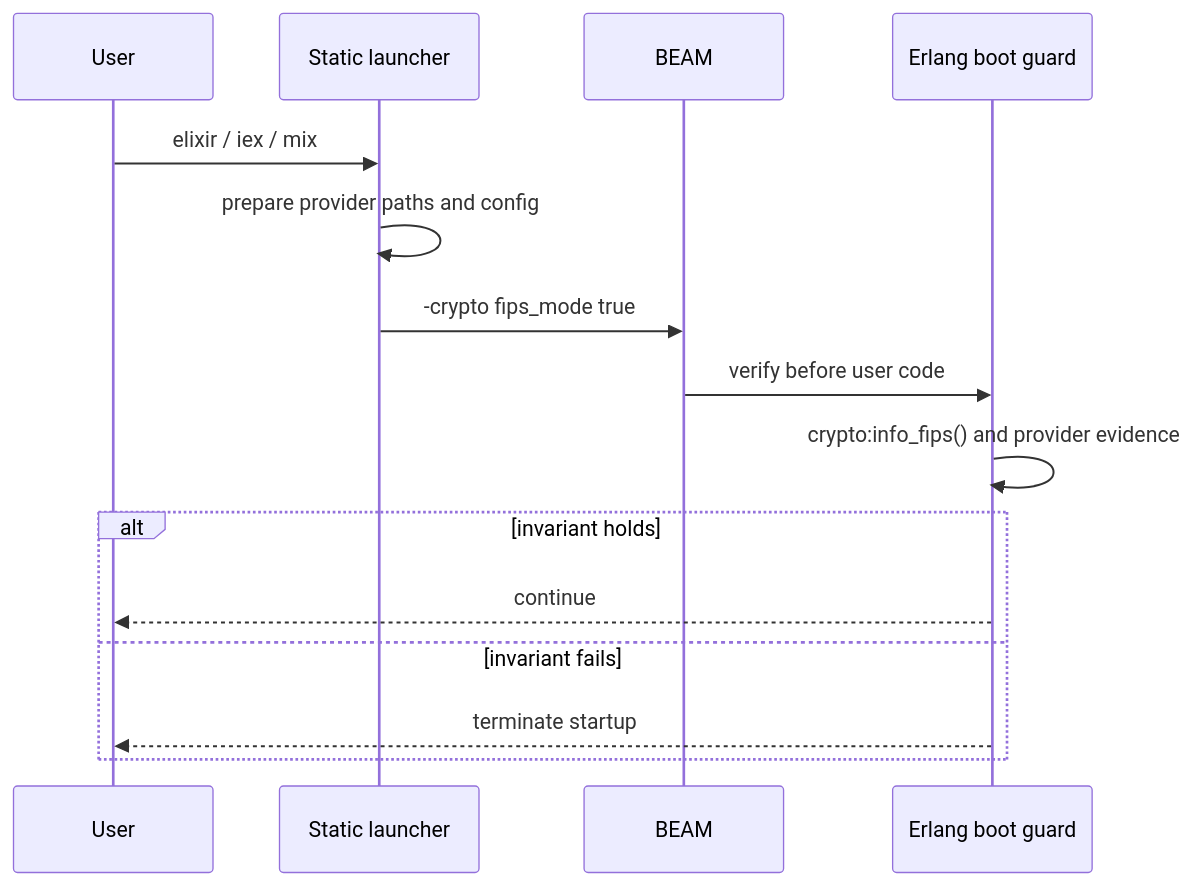
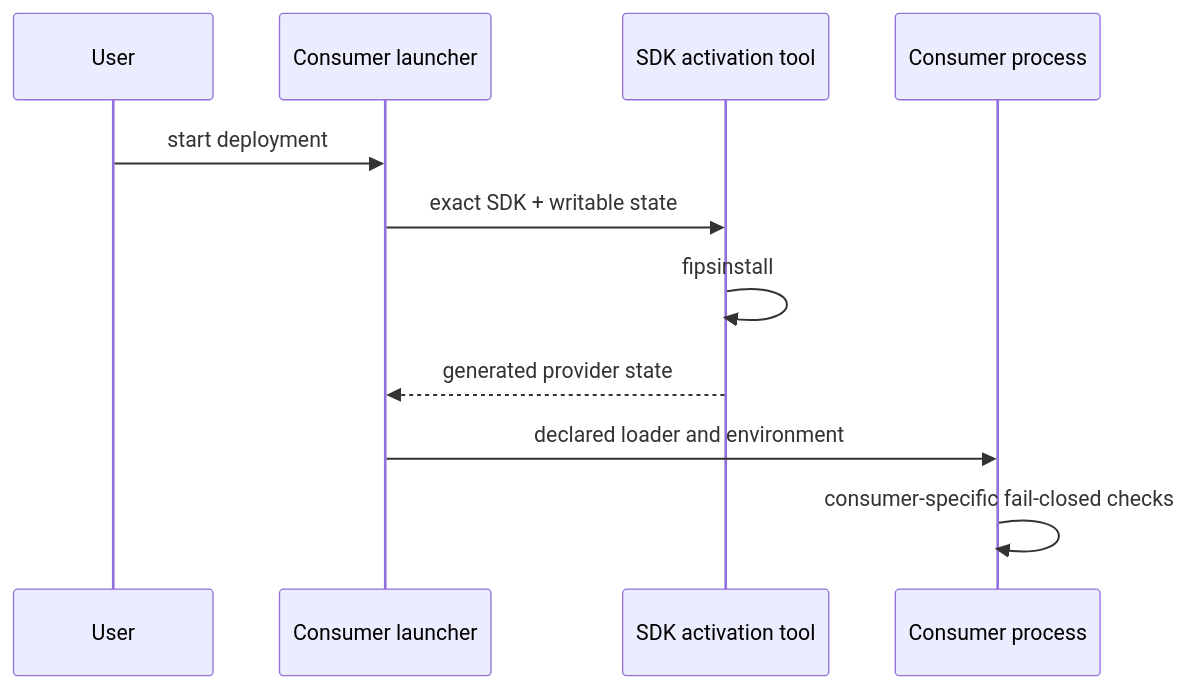
Before and after one commit to abilisoft/rules_fips: the second of 2 diagrams in docs/architecture.md, drawn with Mermaid. The commit also changed other lines of this file and 51 other files, not shown here.

Commit message:
feat(sdk): export hermetic crypto SDK

````diff
--- a/docs/architecture.md
+++ b/docs/architecture.md
@@ -70,17 +58,13 @@
 ```mermaid
 sequenceDiagram
     participant U as User
-    participant L as Static launcher
-    participant B as BEAM
-    participant G as Erlang boot guard
-    U->>L: elixir / iex / mix
-    L->>L: prepare provider paths and config
-    L->>B: -crypto fips_mode true
-    B->>G: verify before user code
-    G->>G: crypto:info_fips() and provider evidence
-    alt invariant holds
-        G-->>U: continue
-    else invariant fails
-        G-->>U: terminate startup
-    end
+    participant L as Consumer launcher
+    participant A as SDK activation tool
+    participant P as Consumer process
+    U->>L: start deployment
+    L->>A: exact SDK + writable state
+    A->>A: fipsinstall
+    A-->>L: generated provider state
+    L->>P: declared loader and environment
+    P->>P: consumer-specific fail-closed checks
 ```
````
